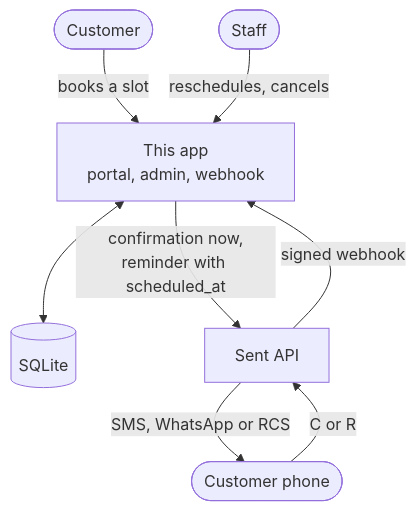
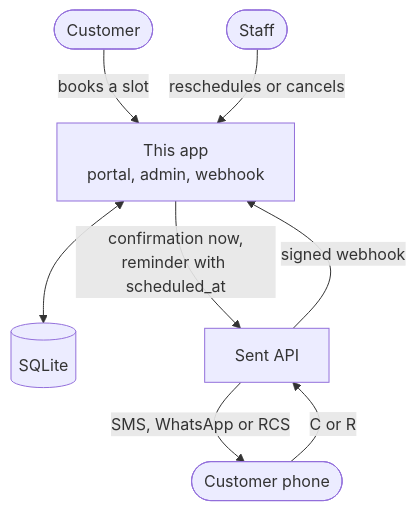
The first of 2 diagrams in README.md (parv15/appointment-reminders), drawn with Mermaid before and after one commit. The commit also changed other lines of this file and 27 other files, not shown here.

````diff
--- a/README.md
+++ b/README.md
@@ -48,10 +48,10 @@
 ```mermaid
 flowchart TB
     customer([Customer]) -->|books a slot| app["This app<br/>portal, admin, webhook"]
-    staff([Staff]) -->|reschedules, cancels| app
+    staff([Staff]) -->|reschedules or cancels| app
     app <--> db[("SQLite")]
     app -->|"confirmation now,<br/>reminder with scheduled_at"| sent["Sent API"]
     sent -->|"SMS, WhatsApp or RCS"| phone([Customer phone])
     phone -->|"C or R"| sent
     sent -->|"signed webhook"| app
 ```
````
